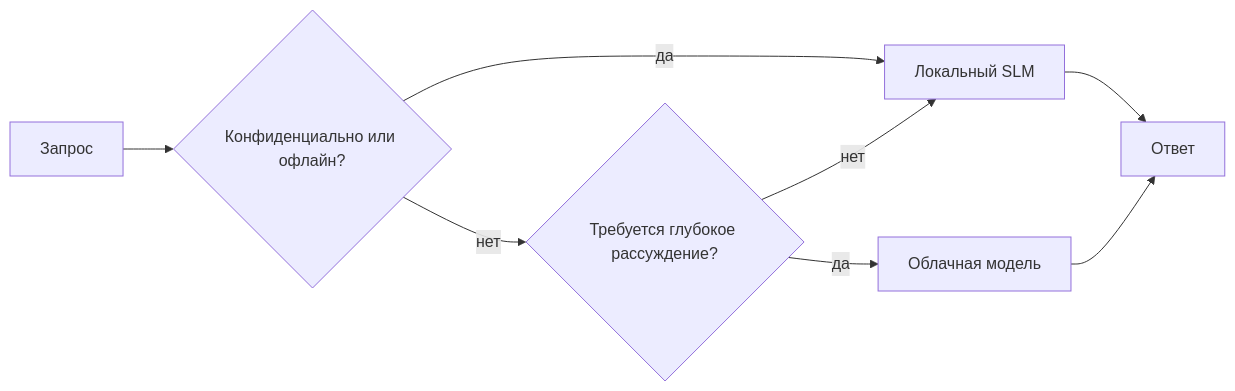
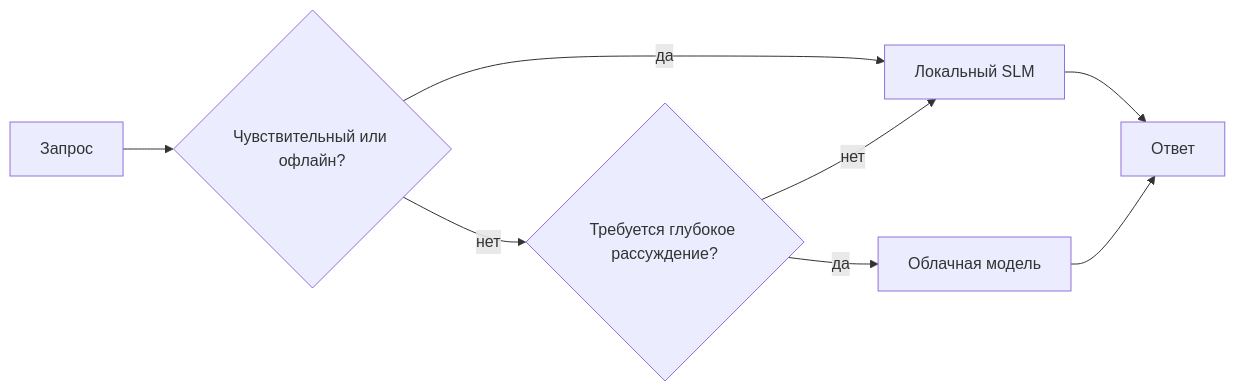
Before and after one commit to microsoft/ai-agents-for-beginners: the fourth of 4 diagrams in translations/ru/17-creating-local-ai-agents/README.md, drawn with Mermaid. The commit also changed other lines of this file and 47 other files, not shown here.

````diff
--- a/translations/ru/17-creating-local-ai-agents/README.md
+++ b/translations/ru/17-creating-local-ai-agents/README.md
@@ -156,10 +156,10 @@
 ```mermaid
 flowchart LR
-    Q[Запрос] --> S{Конфиденциально или офлайн?}
+    Q[Запрос] --> S{Чувствительный или офлайн?}
     S -->|да| L[Локальный SLM]
     S -->|нет| C{Требуется глубокое рассуждение?}
     C -->|нет| L
     C -->|да| Cloud[Облачная модель]
     L --> Out[Ответ]
     Cloud --> Out
 ```
````
